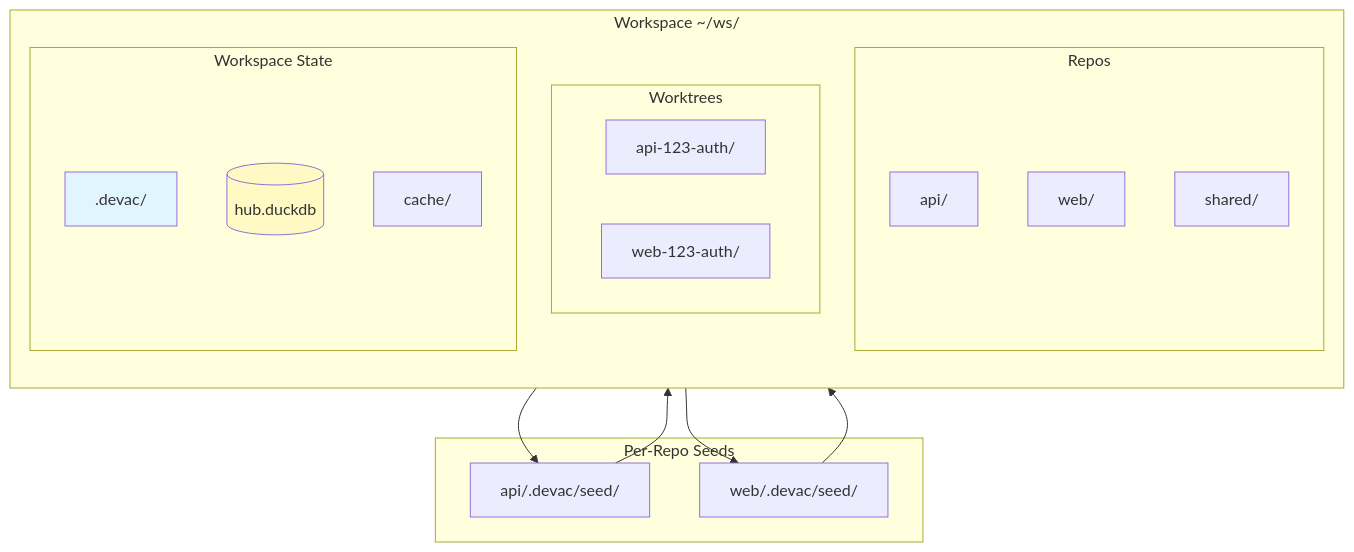
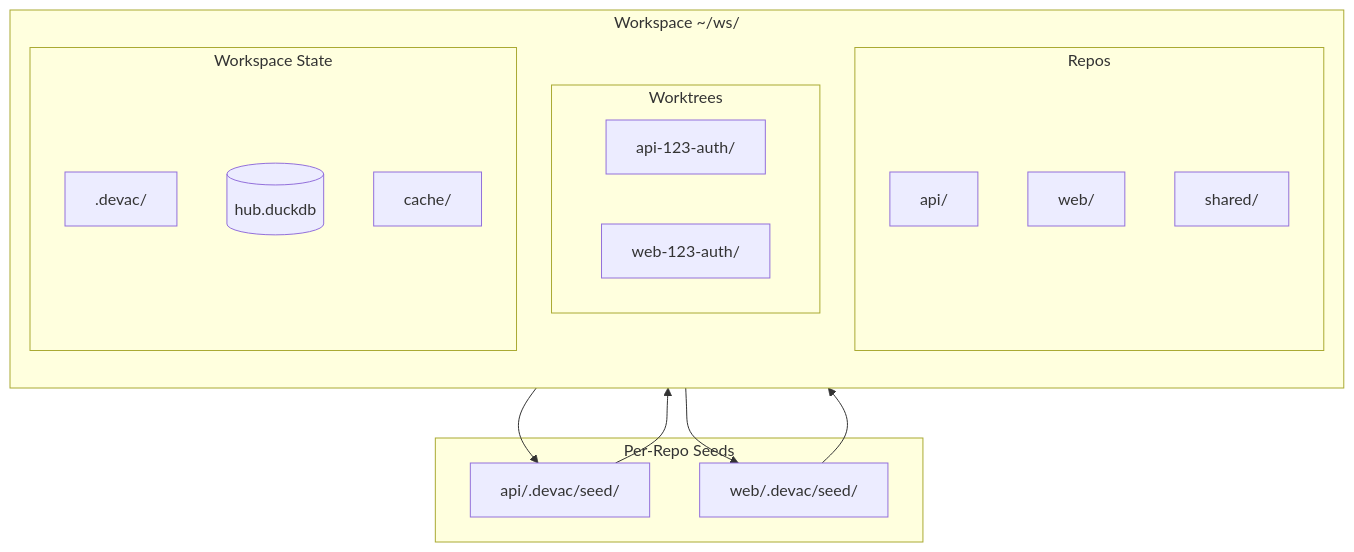
The second of 8 diagrams in docs/architecture/devac-v3-architecture.md (pietgk/vivief), drawn with Mermaid before and after one commit. The commit also changed other lines of this file, not shown here.

Commit message:
documentation: devac-v3-architecture 0.2

````diff
--- a/docs/architecture/devac-v3-architecture.md
+++ b/docs/architecture/devac-v3-architecture.md
@@ -67,36 +67,33 @@
 ```mermaid
 graph TB
     subgraph "Workspace ~/ws/"
         direction TB
 
         subgraph "Repos"
             API[api/]
             WEB[web/]
             SHARED[shared/]
         end
 
         subgraph "Worktrees"
             WT1[api-123-auth/]
             WT2[web-123-auth/]
         end
 
         subgraph "Workspace State"
             DEVAC[.devac/]
             HUB[(hub.duckdb)]
             CACHE[cache/]
         end
     end
 
     subgraph "Per-Repo Seeds"
         API_SEED[api/.devac/seed/]
         WEB_SEED[web/.devac/seed/]
     end
 
     API --> API_SEED
     WEB --> WEB_SEED
     API_SEED --> HUB
     WEB_SEED --> HUB
-
-    style DEVAC fill:#e1f5fe
-    style HUB fill:#fff9c4
 ```
````
